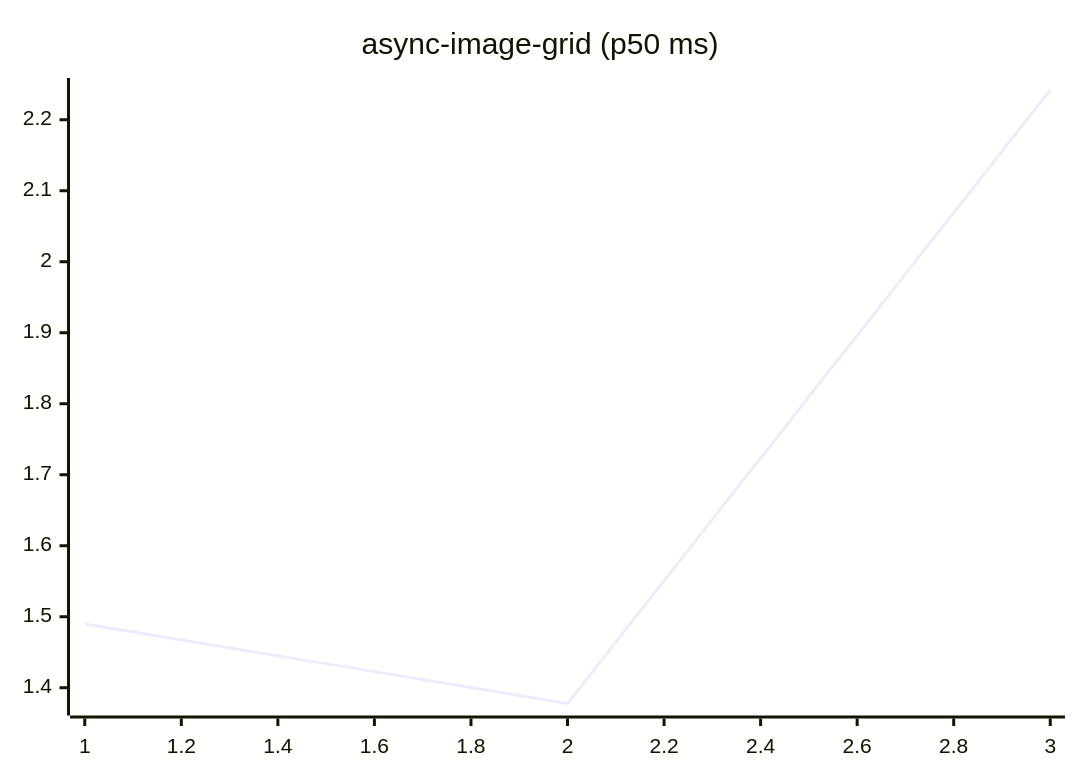
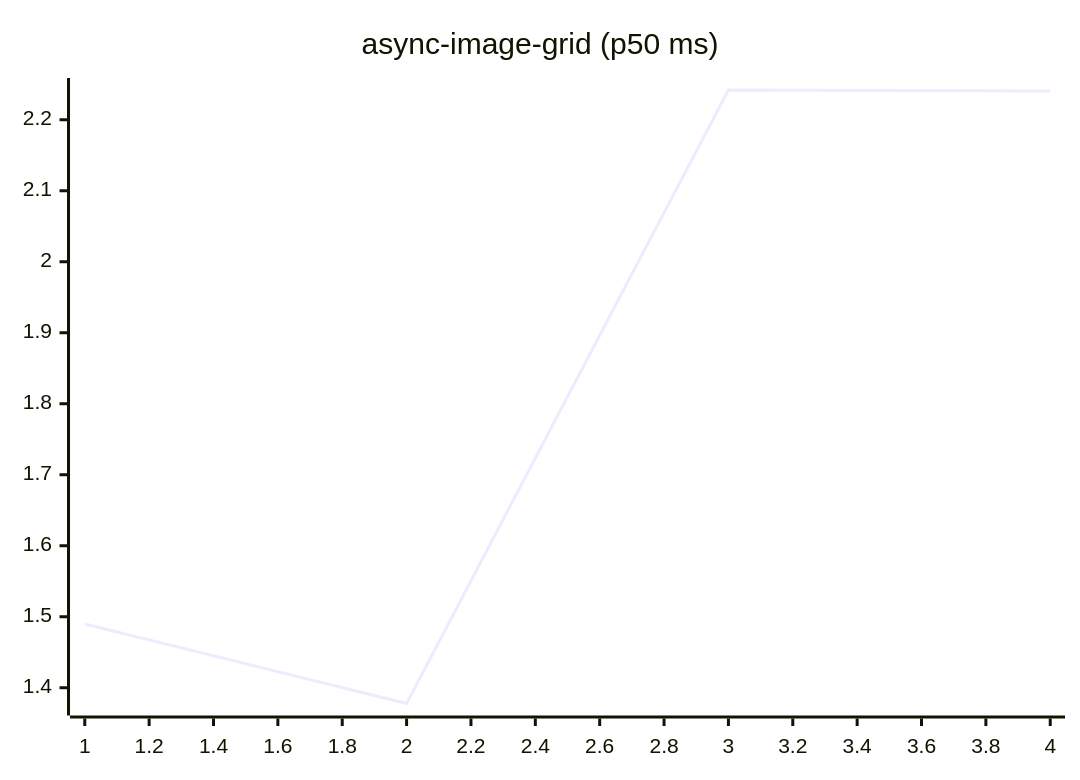
One commit to josha/Facet changed the fifth of 27 diagrams in README.md. Above: the diagram before and after it, drawn with Mermaid. The commit also changed other lines of this file and 2 other files, not shown here.

````diff
--- a/README.md
+++ b/README.md
@@ -91,6 +91,6 @@
 ```mermaid
 xychart-beta
     title "async-image-grid (p50 ms)"
-    x-axis 1 --> 3
-    line [1.4898, 1.3778, 2.2419]
+    x-axis 1 --> 4
+    line [1.4898, 1.3778, 2.2419, 2.2404]
 ```
````
